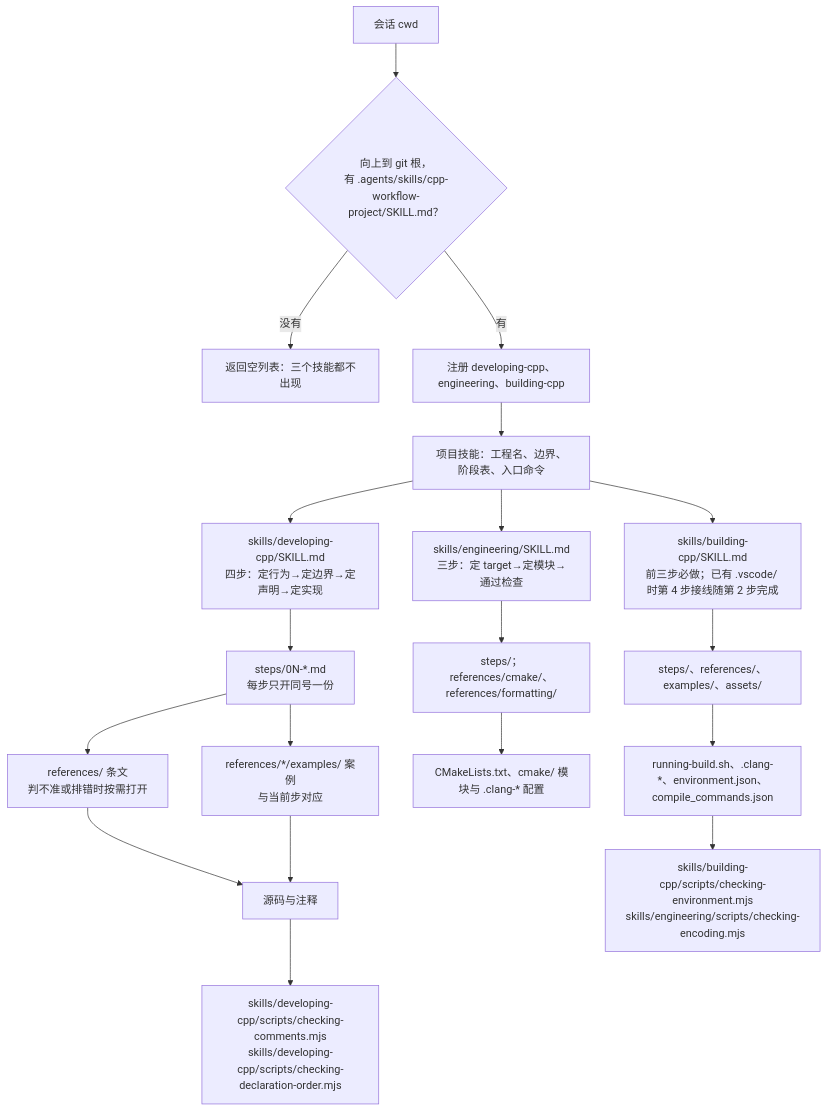
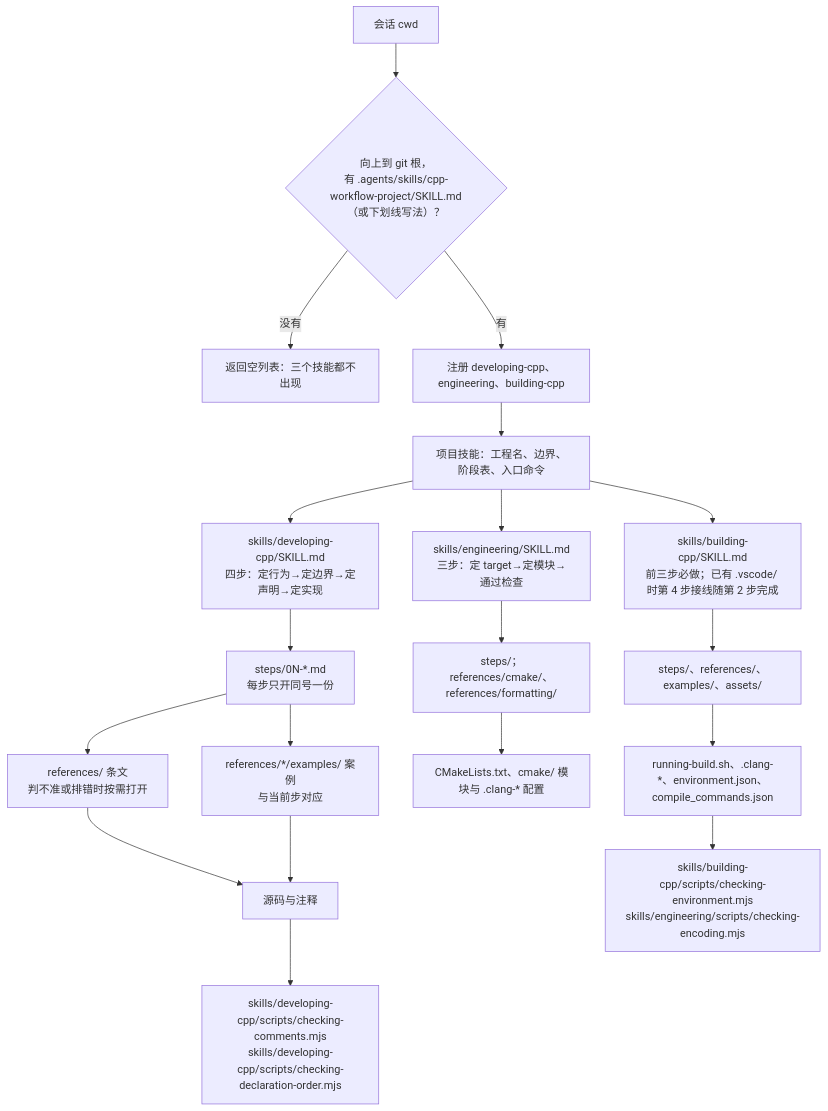
One commit to chengzhao-dev/dsh-cpp-workflow changed the diagram in docs/architecture.md. Above: the diagram before and after it, drawn with Mermaid. The commit also changed other lines of this file and 95 other files, not shown here.

Commit message:
fix(cpp-workflow): 修复规则冲突、检查器遗漏与构建脚本可移植性

````diff
--- a/docs/architecture.md
+++ b/docs/architecture.md
@@ -7,21 +7,21 @@
 ```mermaid
 flowchart TD
-    A["会话 cwd"] --> B{"向上到 git 根，<br/>有 .agents/skills/cpp-workflow-project/SKILL.md？"}
+    A["会话 cwd"] --> B{"向上到 git 根，<br/>有 .agents/skills/cpp-workflow-project/SKILL.md<br/>（或下划线写法）？"}
     B -- 没有 --> C["返回空列表：三个技能都不出现"]
     B -- 有 --> D["注册 developing-cpp、engineering、building-cpp"]
     D --> E["项目技能：工程名、边界、阶段表、入口命令"]
     E --> F["skills/developing-cpp/SKILL.md<br/>四步：定行为→定边界→定声明→定实现"]
     F --> G["steps/0N-*.md<br/>每步只开同号一份"]
     G --> H["references/ 条文<br/>判不准或排错时按需打开"]
     G --> I["references/*/examples/ 案例<br/>与当前步对应"]
     H --> J["源码与注释"]
     I --> J
     J --> K["skills/developing-cpp/scripts/checking-comments.mjs<br/>skills/developing-cpp/scripts/checking-declaration-order.mjs"]
     E --> L["skills/engineering/SKILL.md<br/>三步：定 target→定模块→通过检查"]
     L --> M["steps/；references/cmake/、references/formatting/"]
     M --> N["CMakeLists.txt、cmake/ 模块与 .clang-* 配置"]
     E --> O["skills/building-cpp/SKILL.md<br/>前三步必做；已有 .vscode/ 时第 4 步接线随第 2 步完成"]
     O --> P["steps/、references/、examples/、assets/"]
     P --> Q["running-build.sh、.clang-*、environment.json、compile_commands.json"]
     Q --> R["skills/building-cpp/scripts/checking-environment.mjs<br/>skills/engineering/scripts/checking-encoding.mjs"]
 ```
````
